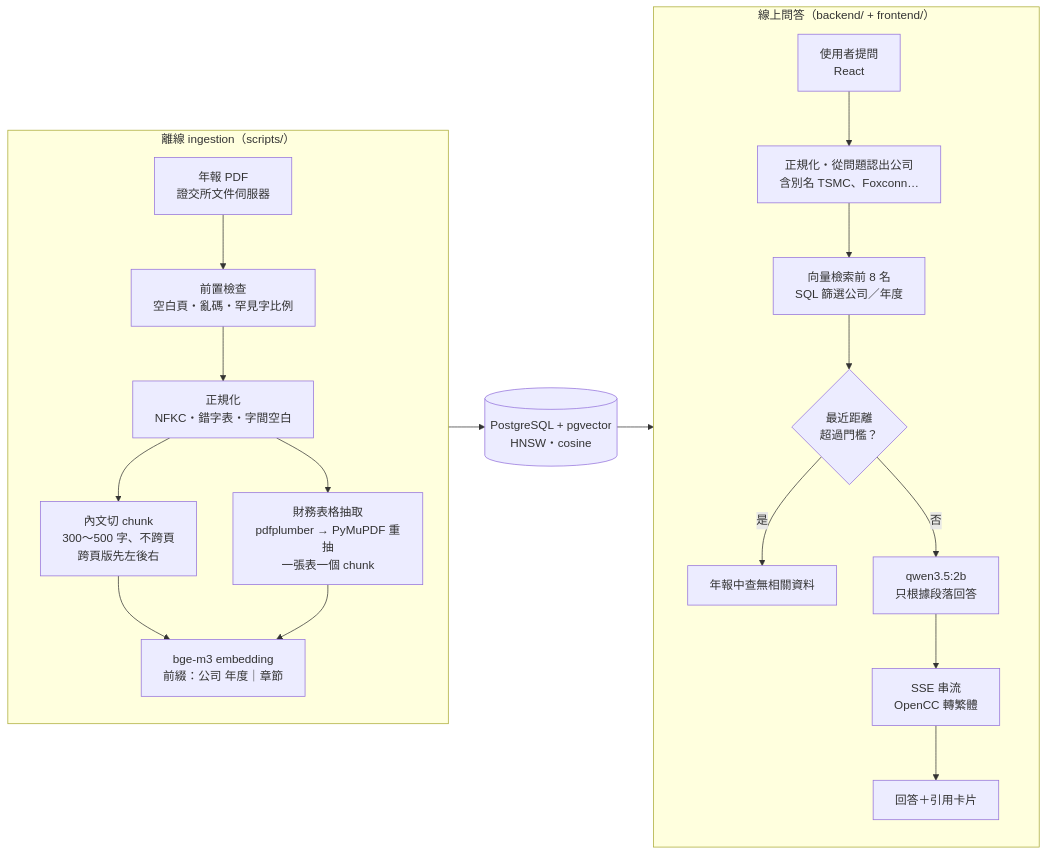
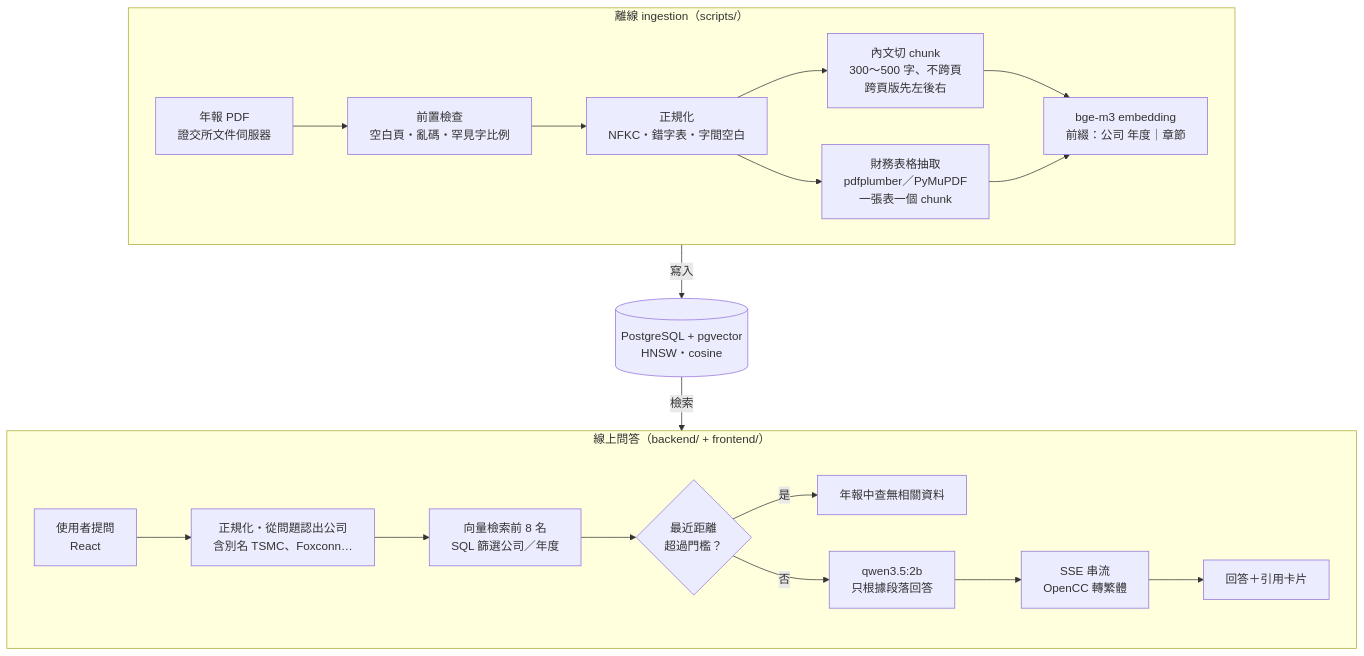
The diagram in README.md (kimi0217/twse-report-rag), drawn with Mermaid before and after one commit.

Commit message:
docs: stack architecture diagram vertically for readability

````diff
--- a/README.md
+++ b/README.md
@@ -25,27 +25,29 @@
 ```mermaid
-flowchart LR
+flowchart TB
     subgraph offline["離線 ingestion（scripts/）"]
-        direction TB
+        direction LR
         A["年報 PDF<br/>證交所文件伺服器"] --> B["前置檢查<br/>空白頁・亂碼・罕見字比例"]
         B --> C["正規化<br/>NFKC・錯字表・字間空白"]
         C --> D["內文切 chunk<br/>300～500 字、不跨頁<br/>跨頁版先左後右"]
-        C --> E["財務表格抽取<br/>pdfplumber → PyMuPDF 重抽<br/>一張表一個 chunk"]
+        C --> E["財務表格抽取<br/>pdfplumber／PyMuPDF<br/>一張表一個 chunk"]
         D --> F["bge-m3 embedding<br/>前綴：公司 年度｜章節"]
         E --> F
     end
 
-    F --> DB[("PostgreSQL + pgvector<br/>HNSW・cosine")]
+    DB[("PostgreSQL + pgvector<br/>HNSW・cosine")]
 
     subgraph online["線上問答（backend/ + frontend/）"]
-        direction TB
+        direction LR
         Q["使用者提問<br/>React"] --> N["正規化・從問題認出公司<br/>含別名 TSMC、Foxconn…"]
         N --> R["向量檢索前 8 名<br/>SQL 篩選公司／年度"]
         R --> T{"最近距離<br/>超過門檻？"}
         T -- 是 --> X["年報中查無相關資料"]
         T -- 否 --> L["qwen3.5:2b<br/>只根據段落回答"]
         L --> S["SSE 串流<br/>OpenCC 轉繁體"]
         S --> U["回答＋引用卡片"]
     end
 
-    DB --> R
+    %% 用區塊對區塊連線：區塊內的節點若直接連到區塊外，mermaid 會忽略 direction LR
+    offline -- 寫入 --> DB
+    DB -- 檢索 --> online
 ```
````
